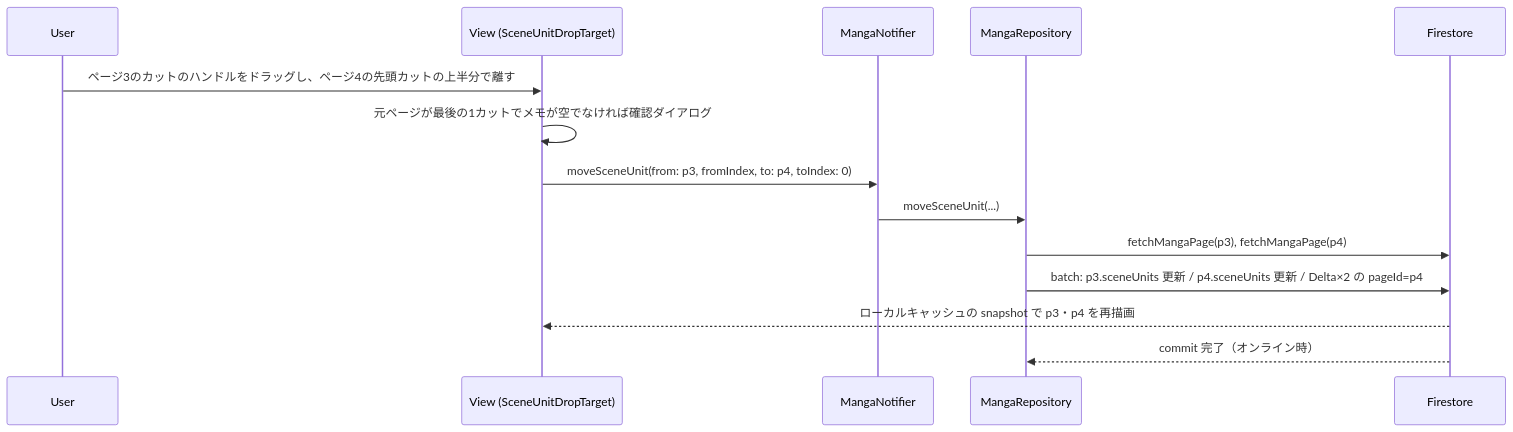
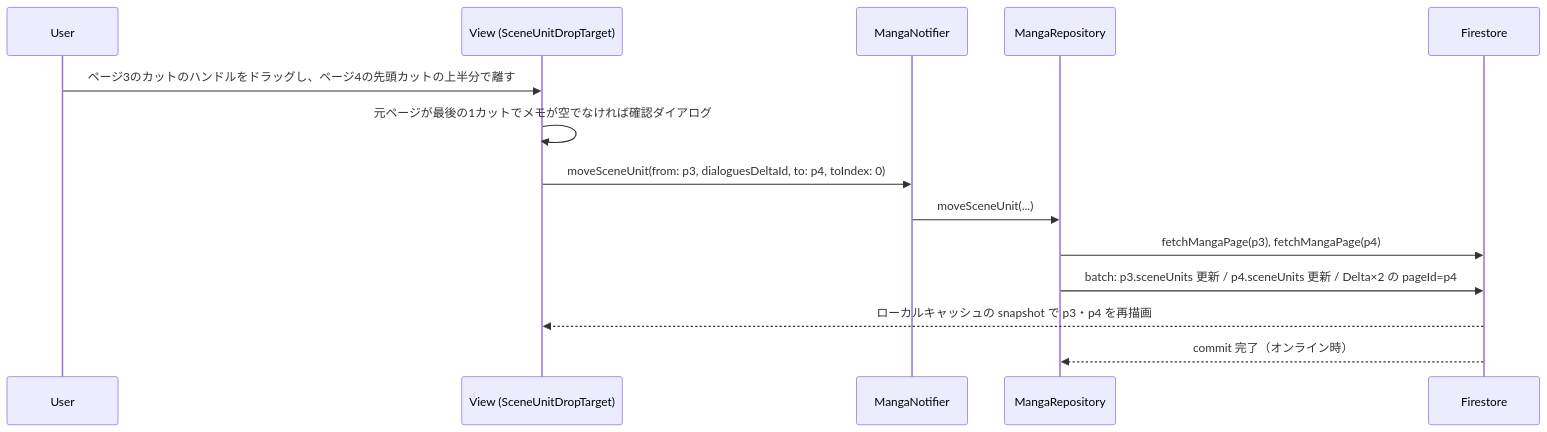
The first of 2 diagrams in docs/spec/features/page-cut-reorder/design.md (firstforest/my_manga_editor), drawn with Mermaid before and after one commit. The commit also changed other lines of this file and 10 other files, not shown here.

````diff
--- a/docs/spec/features/page-cut-reorder/design.md
+++ b/docs/spec/features/page-cut-reorder/design.md
@@ -50,16 +50,16 @@
 ```mermaid
 sequenceDiagram
   participant U as User
   participant V as View (SceneUnitDropTarget)
   participant N as MangaNotifier
   participant R as MangaRepository
   participant F as Firestore
   U->>V: ページ3のカットのハンドルをドラッグし、ページ4の先頭カットの上半分で離す
   V->>V: 元ページが最後の1カットでメモが空でなければ確認ダイアログ
-  V->>N: moveSceneUnit(from: p3, fromIndex, to: p4, toIndex: 0)
+  V->>N: moveSceneUnit(from: p3, dialoguesDeltaId, to: p4, toIndex: 0)
   N->>R: moveSceneUnit(...)
   R->>F: fetchMangaPage(p3), fetchMangaPage(p4)
   R->>F: batch: p3.sceneUnits 更新 / p4.sceneUnits 更新 / Delta×2 の pageId=p4
   F-->>V: ローカルキャッシュの snapshot で p3・p4 を再描画
   F-->>R: commit 完了（オンライン時）
 ```
````
